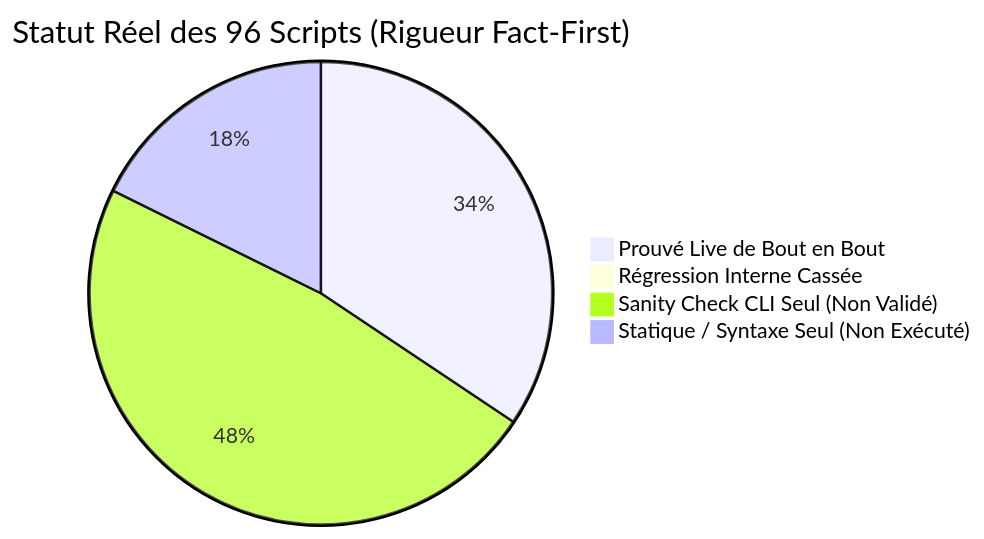
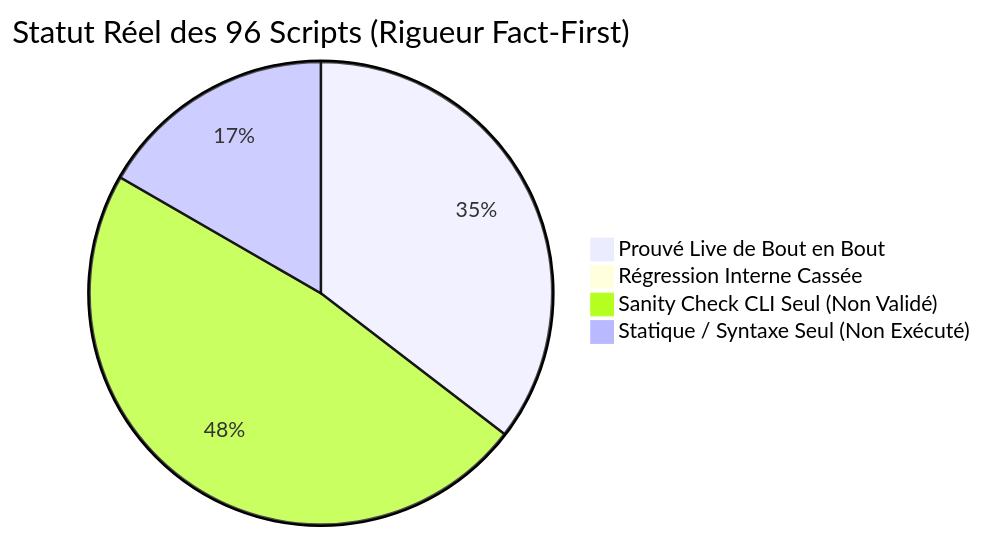
One commit to yoyonel/pydbsrt changed the diagram in docs/reference/2026-11-10-audit-exhaustif-scripts-regressions.md. Above: the diagram before and after it, drawn with Mermaid. The commit also changed other lines of this file and 2 other files, not shown here.

````diff
--- a/docs/reference/2026-11-10-audit-exhaustif-scripts-regressions.md
+++ b/docs/reference/2026-11-10-audit-exhaustif-scripts-regressions.md
@@ -16,7 +16,7 @@
 ```mermaid
 pie title Statut Réel des 96 Scripts (Rigueur Fact-First)
-    "Prouvé Live de Bout en Bout" : 33
+    "Prouvé Live de Bout en Bout" : 34
     "Régression Interne Cassée" : 0
     "Sanity Check CLI Seul (Non Validé)" : 46
-    "Statique / Syntaxe Seul (Non Exécuté)" : 17
+    "Statique / Syntaxe Seul (Non Exécuté)" : 16
 ```
````
